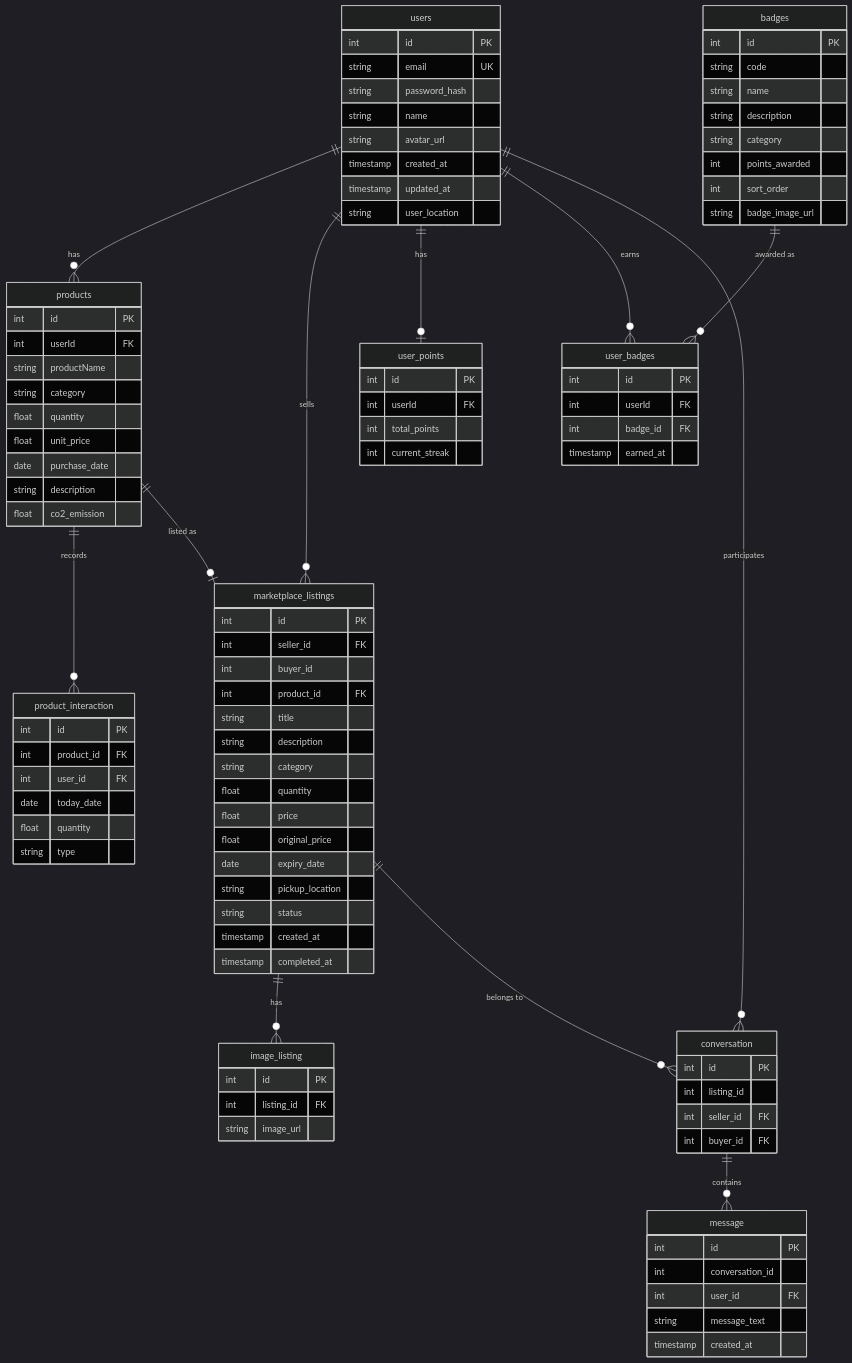
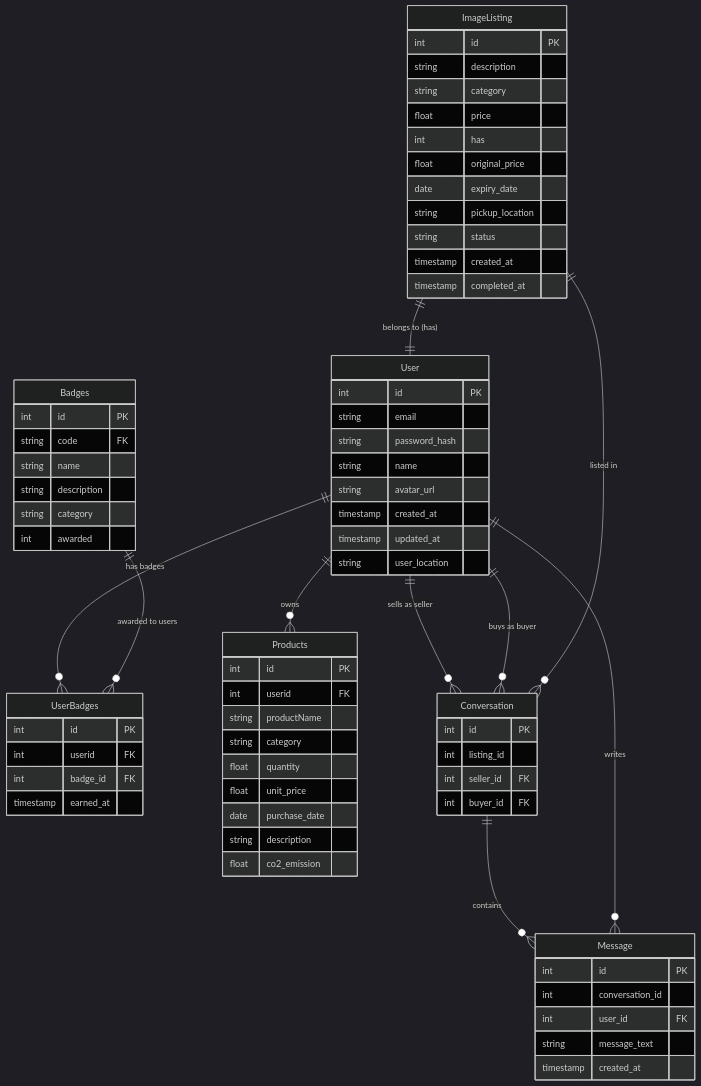
Before and after one commit to GDIPSA-Team2/ecoplate: the third of 5 diagrams in README.md, drawn with Mermaid (dark theme). The commit also changed other lines of this file and 29 other files, not shown here.

````diff
--- a/README.md
+++ b/README.md
@@ -120,114 +121,80 @@
 ```mermaid
 erDiagram
-    users ||--o{ products : has
-    users ||--o{ marketplace_listings : sells
-    users ||--o| user_points : has
-    users ||--o{ user_badges : earns
-    users ||--o{ conversation : participates
+   Badges {
+      int id PK
+      string code FK
+      string name
+      string description
+      string category
+      int awarded
+   }
 
-    products ||--o{ product_interaction : records
-    products ||--o| marketplace_listings : "listed as"
+   UserBadges {
+      int id PK
+      int userid FK
+      int badge_id FK
+      timestamp earned_at
+   }
 
-    marketplace_listings ||--o{ image_listing : has
-    marketplace_listings ||--o{ conversation : "belongs to"
+   Products {
+      int id PK
+      int userid FK
+      string productName
+      string category
+      float quantity
+      float unit_price
+      date purchase_date
+      string description
+      float co2_emission
+   }
 
-    conversation ||--o{ message : contains
+   User {
+      int id PK
+      string email
+      string password_hash
+      string name
+      string avatar_url
+      timestamp created_at
+      timestamp updated_at
+      string user_location
+   }
 
-    badges ||--o{ user_badges : "awarded as"
+   ImageListing {
+      int id PK
+      string description
+      string category
+      float price
+      int has
+      float original_price
+      date expiry_date
+      string pickup_location
+      string status
+      timestamp created_at
+      timestamp completed_at
+   }
 
-    users {
-        int id PK
-        string email UK
-        string password_hash
-        string name
-        string avatar_url
-        timestamp created_at
-        timestamp updated_at
-        string user_location
-    }
+   Conversation {
+      int id PK
+      int listing_id
+      int seller_id FK
+      int buyer_id FK
+   }
 
-    products {
-        int id PK
-        int userId FK
-        string productName
-        string category
-        float quantity
-        float unit_price
-        date purchase_date
-        string description
-        float co2_emission
-    }
+   Message {
+      int id PK
+      int conversation_id
+      int user_id FK
+      string message_text
+      timestamp created_at
+   }
 
-    marketplace_listings {
-        int id PK
-        int seller_id FK
-        int buyer_id
-        int product_id FK
-        string title
-        string description
-        string category
-        float quantity
-        float price
-        float original_price
-        date expiry_date
-        string pickup_location
-        string status
-        timestamp created_at
-        timestamp completed_at
-    }
-
-    image_listing {
-        int id PK
-        int listing_id FK
-        string image_url
-    }
-
-    conversation {
-        int id PK
-        int listing_id
-        int seller_id FK
-        int buyer_id FK
-    }
-
-    message {
-        int id PK
-        int conversation_id
-        int user_id FK
-        string message_text
-        timestamp created_at
-    }
-
-    product_interaction {
-        int id PK
-        int product_id FK
-        int user_id FK
-        date today_date
-        float quantity
-        string type
-    }
-
-    user_points {
-        int id PK
-        int userId FK
-        int total_points
-        int current_streak
-    }
-
-    badges {
-        int id PK
-        string code
-        string name
-        string description
-        string category
-        int points_awarded
-        int sort_order
-        string badge_image_url
-    }
-
-    user_badges {
-        int id PK
-        int userId FK
-        int badge_id FK
-        timestamp earned_at
-    }
+   User ||--o{ UserBadges : "has badges"
+   Badges ||--o{ UserBadges : "awarded to users"
+   User ||--o{ Products : "owns"
+   User ||--o{ Conversation : "sells as seller"
+   User ||--o{ Conversation : "buys as buyer"
+   Conversation ||--o{ Message : "contains"
+   User ||--o{ Message : "writes"
+   ImageListing ||--o{ Conversation : "listed in"
+   ImageListing ||--|| User : "belongs to (has)"
 ```
````
